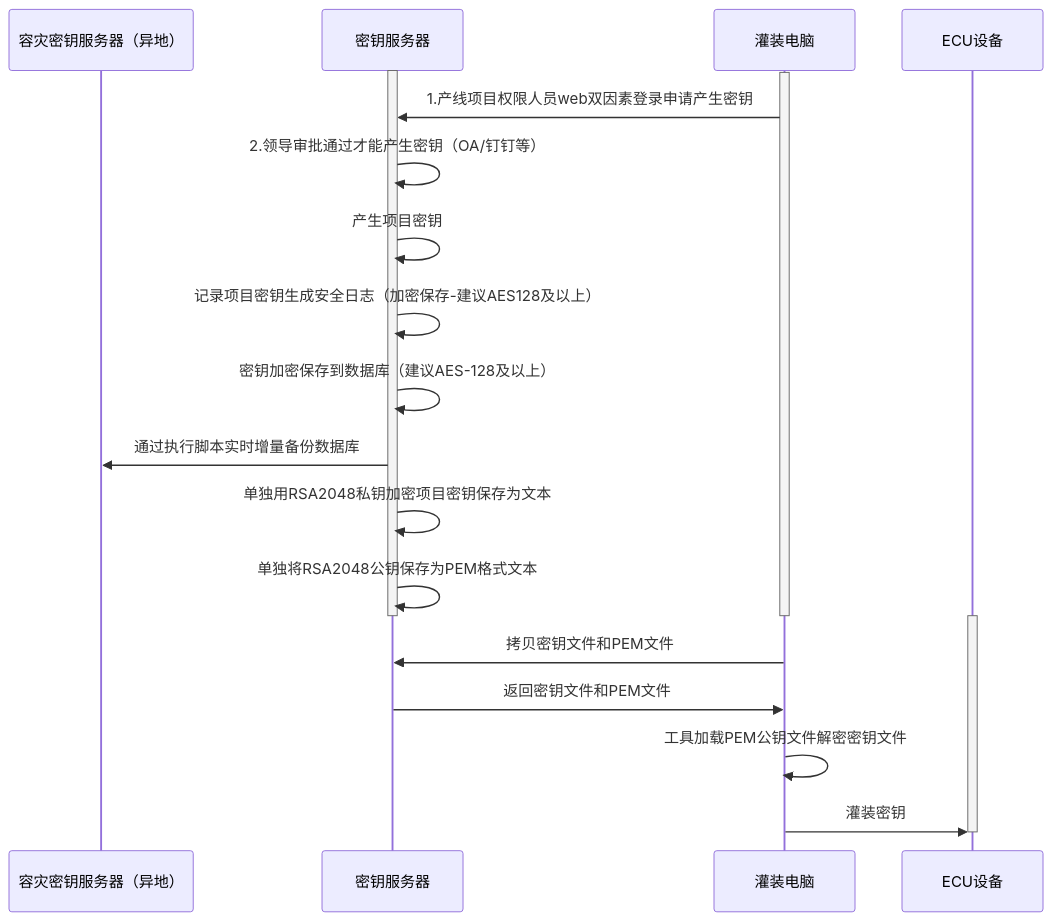
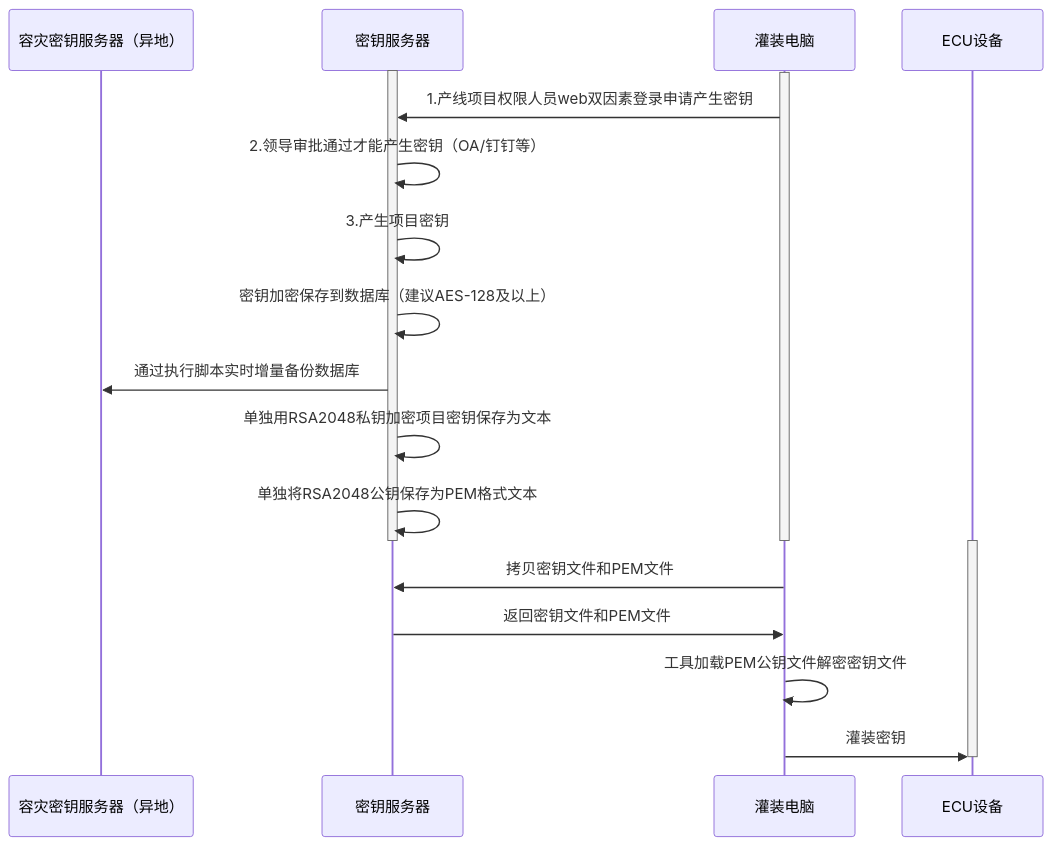
Before and after one commit to facebook-cloud/iodraw-files: the diagram in all/未命名-15.md, drawn with Mermaid.

Commit message:
2026-02-11 19:42:01 update

````diff
--- a/all/未命名-15.md
+++ b/all/未命名-15.md
@@ -1,29 +1,29 @@
 ```mermaid
 sequenceDiagram
     participant A as 容灾密钥服务器（异地）
     participant B as 密钥服务器
     participant D as 灌装电脑
     participant E as ECU设备
 
     activate B
     activate D
     D->>B: 1.产线项目权限人员web双因素登录申请产生密钥
     B->>B: 2.领导审批通过才能产生密钥（OA/钉钉等）
-    B->>B: 产生项目密钥
-    B->>B: 记录项目密钥生成安全日志（加密保存-建议AES128及以上）
+    B->>B: 3.产生项目密钥
+ 
     B->>B: 密钥加密保存到数据库（建议AES-128及以上）
     B->>A: 通过执行脚本实时增量备份数据库
 
     B->>B: 单独用RSA2048私钥加密项目密钥保存为文本
     B->>B: 单独将RSA2048公钥保存为PEM格式文本
     deactivate B
     deactivate D
 
     activate E
     D->>B: 拷贝密钥文件和PEM文件
     B->>D: 返回密钥文件和PEM文件
     D->>D:工具加载PEM公钥文件解密密钥文件
     D->>E: 灌装密钥
     deactivate E
 
 ```
````
